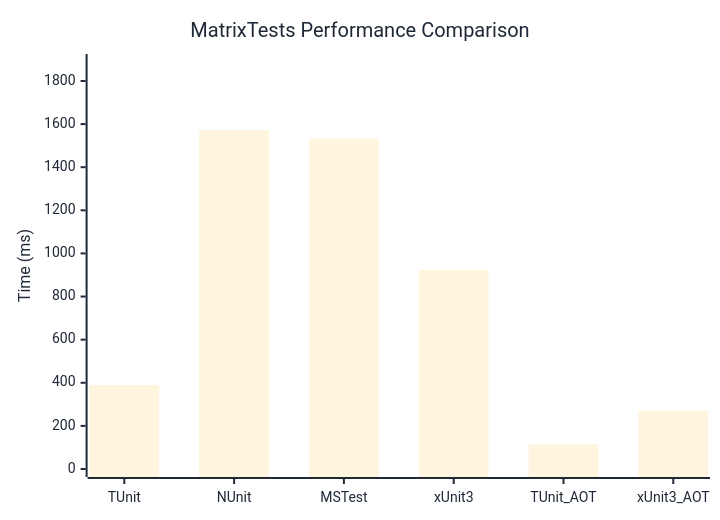
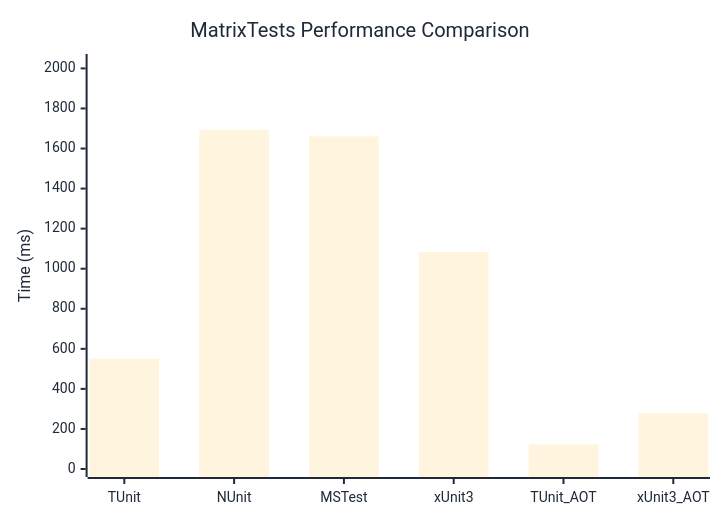
Before and after one commit to thomhurst/TUnit: the diagram in docs/docs/benchmarks/engine/MatrixTests.md, drawn with Mermaid. The commit also changed other lines of this file and 17 other files, not shown here.

````diff
--- a/docs/docs/benchmarks/engine/MatrixTests.md
+++ b/docs/docs/benchmarks/engine/MatrixTests.md
@@ -30,37 +30,37 @@
 ```mermaid
 %%{init: {
   'theme':'base',
   'themeVariables': {
     'primaryColor': '#2563eb',
     'primaryTextColor': '#1f2937',
     'primaryBorderColor': '#1e40af',
     'lineColor': '#6b7280',
     'secondaryColor': '#7c3aed',
     'tertiaryColor': '#dc2626',
     'background': '#ffffff',
     'mainBkg': '#2563eb',
     'secondBkg': '#7c3aed',
     'tertiaryBkg': '#dc2626',
     'clusterBkg': '#f3f4f6',
     'edgeLabelBackground': '#ffffff',
     'tertiaryTextColor': '#1f2937',
     'pie1': '#2563eb',
     'pie2': '#7c3aed',
     'pie3': '#dc2626',
     'pie4': '#f59e0b',
     'pie5': '#10b981',
     'pie6': '#06b6d4',
     'pie7': '#ec4899',
     'pie8': '#6366f1',
     'pie9': '#84cc16',
     'pie10': '#f97316',
     'pie11': '#14b8a6',
     'pie12': '#a855f7'
   }
 }}%%
 xychart-beta
   title "MatrixTests Performance Comparison"
   x-axis ["TUnit", "NUnit", "MSTest", "xUnit3", "TUnit_AOT", "xUnit3_AOT"]
-  y-axis "Time (ms)" 0 --> 1888
-  bar [389.9, 1572.9, 1532.8, 923.5, 114.3, 270.3]
+  y-axis "Time (ms)" 0 --> 2032
+  bar [550.5, 1693, 1660.5, 1083.5, 122.7, 278.2]
 ```
````
